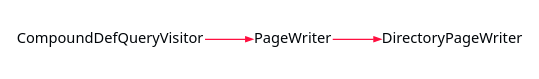
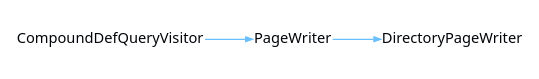
The diagram in Current/images/internal-diagram-5.dot (CharlesCarley/MdDox), drawn with Graphviz before and after one commit. The commit also changed 124 other files, not shown here.

```diff
--- a/Current/images/internal-diagram-5.dot
+++ b/Current/images/internal-diagram-5.dot
@@ -1,35 +1,35 @@
 digraph {
  rankdir = "LR"
  bgcolor = none;
  layout  = dot;
  edge [
    arrowsize = "0.5"
-   color     = "#FF1040FF"
+   color     = "#69BFFFFF"
  ]
- DtGLfGf[
+ DZJxf2Z[
    shape    = none
    label    = "CompoundDefQueryVisitor"
    margin   = "0.01"
    fontname = "Segoe UI"
    fontsize = "11"
    fontcolor= "#010509FF"
  ]
- qrGLfGf[
+ q3Lxf2Z[
    shape    = none
    label    = "PageWriter"
    margin   = "0.01"
    fontname = "Segoe UI"
    fontsize = "11"
    fontcolor= "#010509FF"
  ]
- Dt1LfGf[
+ D20xf2Z[
    shape    = none
    label    = "DirectoryPageWriter"
    margin   = "0.01"
    fontname = "Segoe UI"
    fontsize = "11"
    fontcolor= "#010509FF"
  ]
- qrGLfGf->Dt1LfGf
- DtGLfGf->qrGLfGf
+ q3Lxf2Z->D20xf2Z
+ DZJxf2Z->q3Lxf2Z
 }
```
